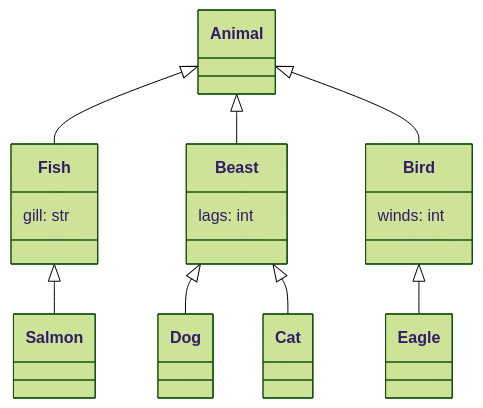
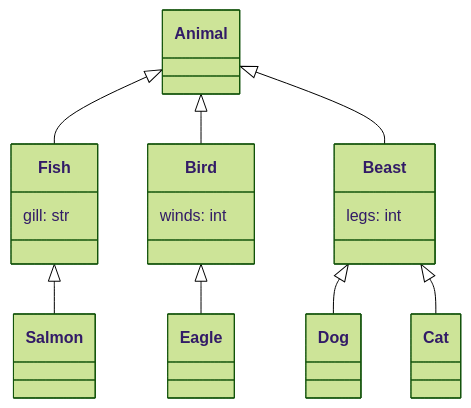
The diagram in examples/animals.md (EricWebsmith/pydantic-2-mermaid), drawn with Mermaid (forest theme) before and after one commit. The commit also changed 3 other files, not shown here.

````diff
--- a/examples/animals.md
+++ b/examples/animals.md
@@ -1,38 +1,38 @@
 ```mermaid
 classDiagram
     class Animal {
     }
 
     class Fish {
         gill: str
     }
 
     class Beast {
-        lags: int
+        legs: int
     }
 
     class Bird {
         winds: int
     }
 
     class Dog {
     }
 
     class Cat {
     }
 
     class Salmon {
     }
 
     class Eagle {
     }
 
 
     Animal <|-- Fish
+    Animal <|-- Bird
     Animal <|-- Beast
-    Animal <|-- Bird
     Beast <|-- Dog
     Beast <|-- Cat
     Fish <|-- Salmon
     Bird <|-- Eagle
 ```
````
